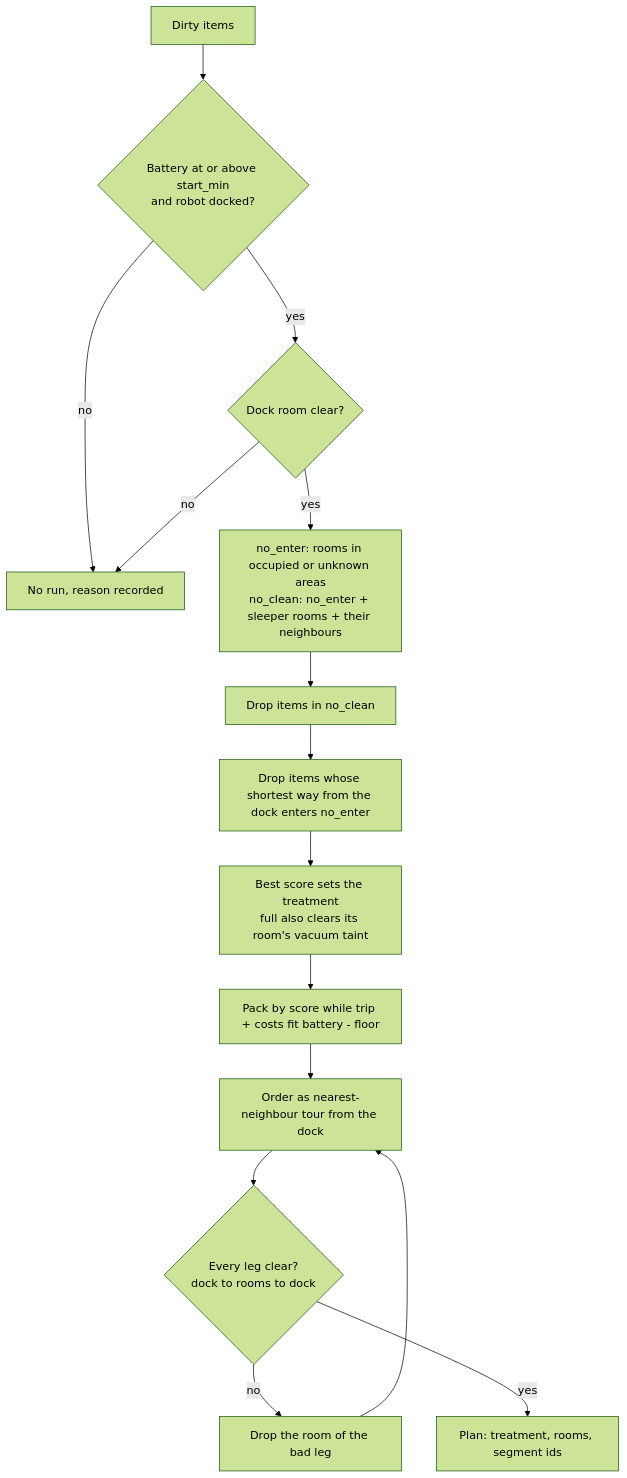
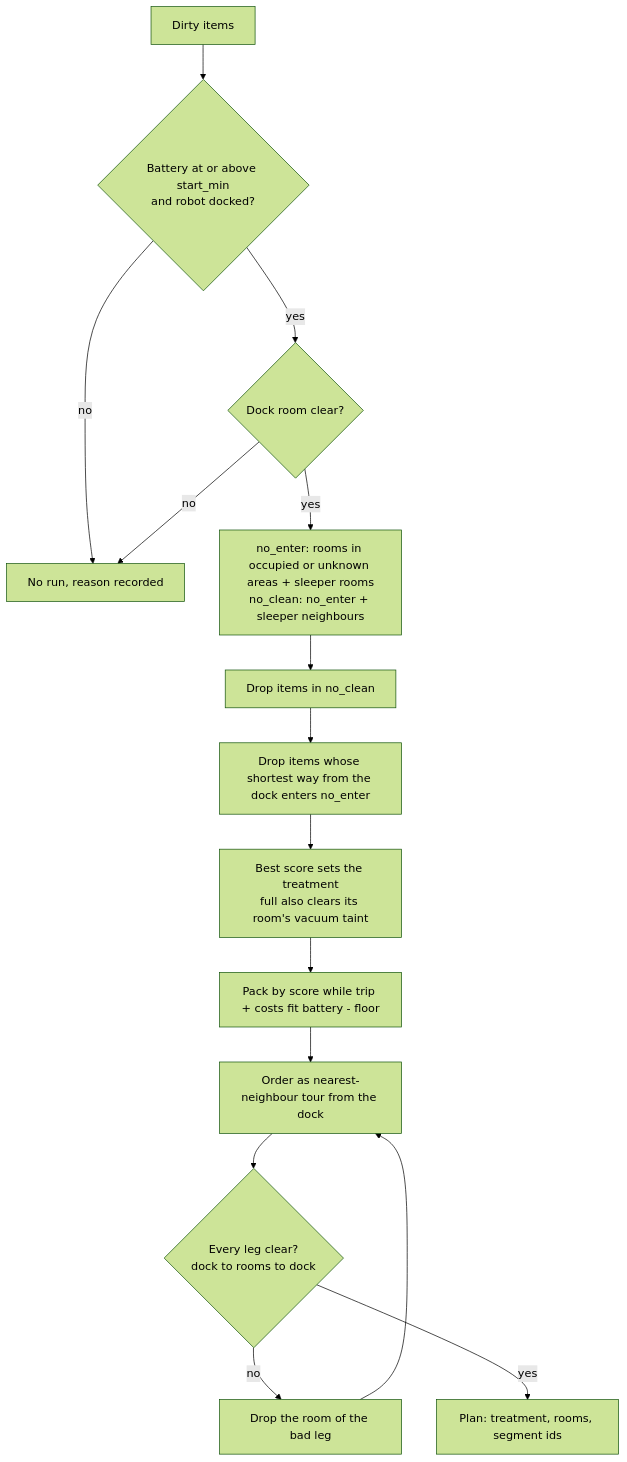
Before and after one commit to NickBorgers/home-automation: the second of 4 diagrams in docs/flows/VACUUM.md, drawn with Mermaid (forest theme). The commit also changed other lines of this file and 14 other files, not shown here.

````diff
--- a/docs/flows/VACUUM.md
+++ b/docs/flows/VACUUM.md
@@ -71,17 +76,17 @@
 ```mermaid
 flowchart TD
     A[Dirty items] --> B{Battery at or above start_min<br/>and robot docked?}
     B -- no --> X[No run, reason recorded]
     B -- yes --> C{Dock room clear?}
     C -- no --> X
-    C -- yes --> D[no_enter: rooms in occupied or unknown areas<br/>no_clean: no_enter + sleeper rooms + their neighbours]
+    C -- yes --> D[no_enter: rooms in occupied or unknown areas + sleeper rooms<br/>no_clean: no_enter + sleeper neighbours]
     D --> E[Drop items in no_clean]
     E --> F[Drop items whose shortest way from the dock enters no_enter]
     F --> G[Best score sets the treatment<br/>full also clears its room's vacuum taint]
     G --> H[Pack by score while trip + costs fit battery - floor]
     H --> I[Order as nearest-neighbour tour from the dock]
     I --> J{Every leg clear?<br/>dock to rooms to dock}
     J -- no --> K[Drop the room of the bad leg]
     K --> I
     J -- yes --> L[Plan: treatment, rooms, segment ids]
 ```
````
